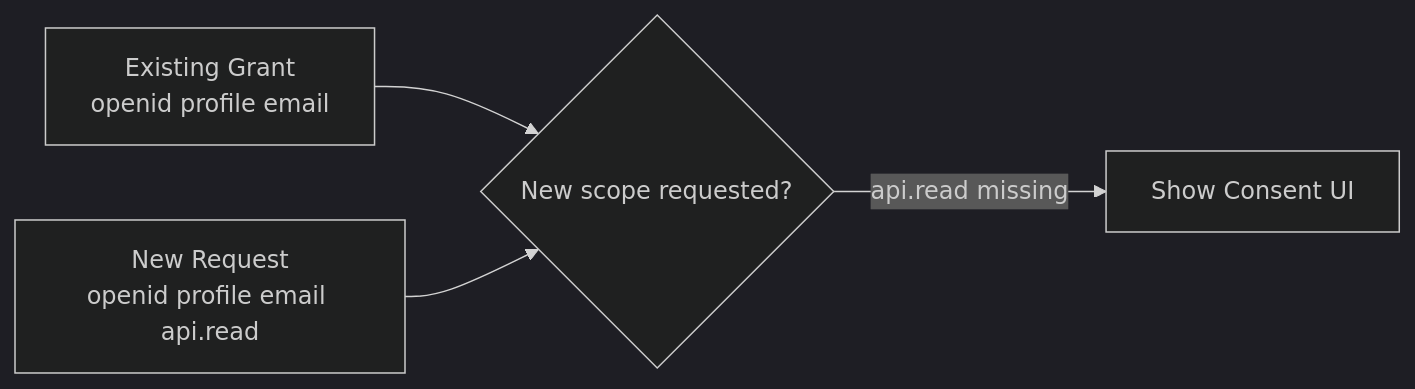
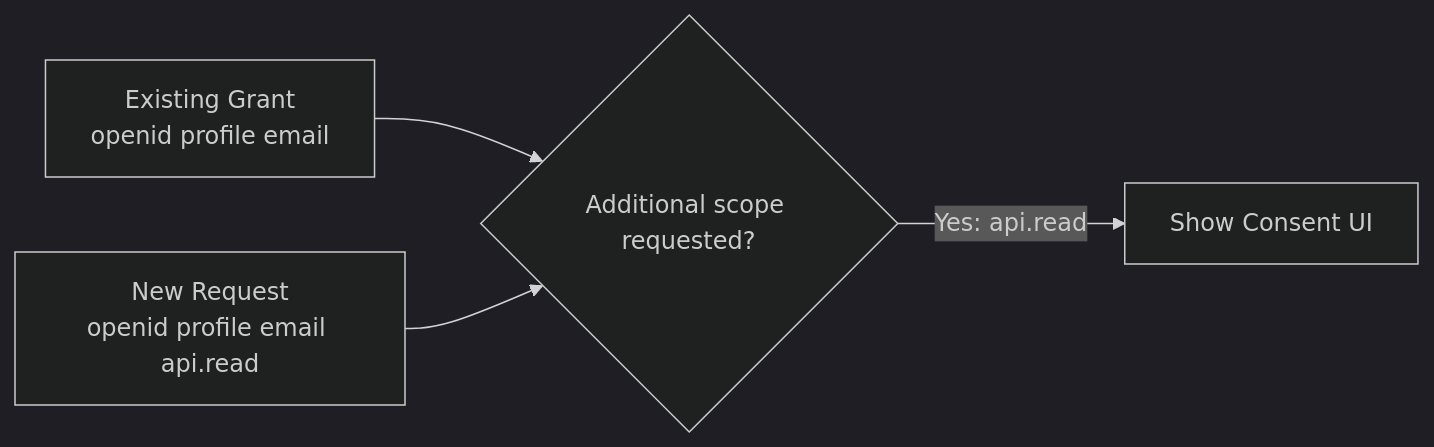
One commit to TechSivaram/tscloak changed the second of 18 diagrams in README.md. Above: the diagram before and after it, drawn with Mermaid (dark theme). The commit also changed other lines of this file, not shown here.

````diff
--- a/README.md
+++ b/README.md
@@ -124,6 +125,6 @@
 ```mermaid
 flowchart LR
-    A["Existing Grant<br/>openid profile email"] --> B{New scope requested?}
+    A["Existing Grant<br/>openid profile email"] --> B{"Additional scope requested?"}
     C["New Request<br/>openid profile email api.read"] --> B
-    B -->|api.read missing| D["Show Consent UI"]
+    B -->|Yes: api.read| D["Show Consent UI"]
 ```
````
